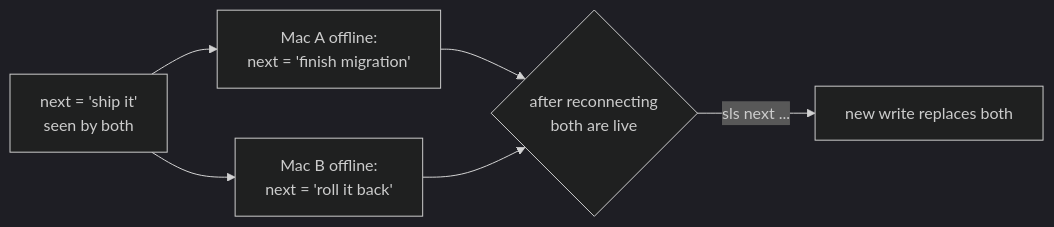
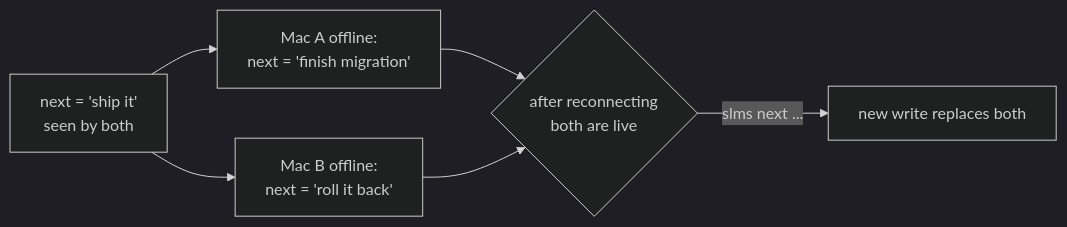
The third of 5 diagrams in docs/architecture.md (jeessh/StopLosingMyStuff), drawn with Mermaid (dark theme) before and after one commit. The commit also changed other lines of this file and 13 other files, not shown here.

````diff
--- a/docs/architecture.md
+++ b/docs/architecture.md
@@ -53,8 +53,8 @@
 ```mermaid
 flowchart LR
   B["next = 'ship it'<br/>seen by both"] --> X["Mac A offline:<br/>next = 'finish migration'"]
   B --> Y["Mac B offline:<br/>next = 'roll it back'"]
   X --> C{"after reconnecting<br/>both are live"}
   Y --> C
-  C -->|"sls next ..."| R["new write replaces both"]
+  C -->|"slms next ..."| R["new write replaces both"]
 ```
````
